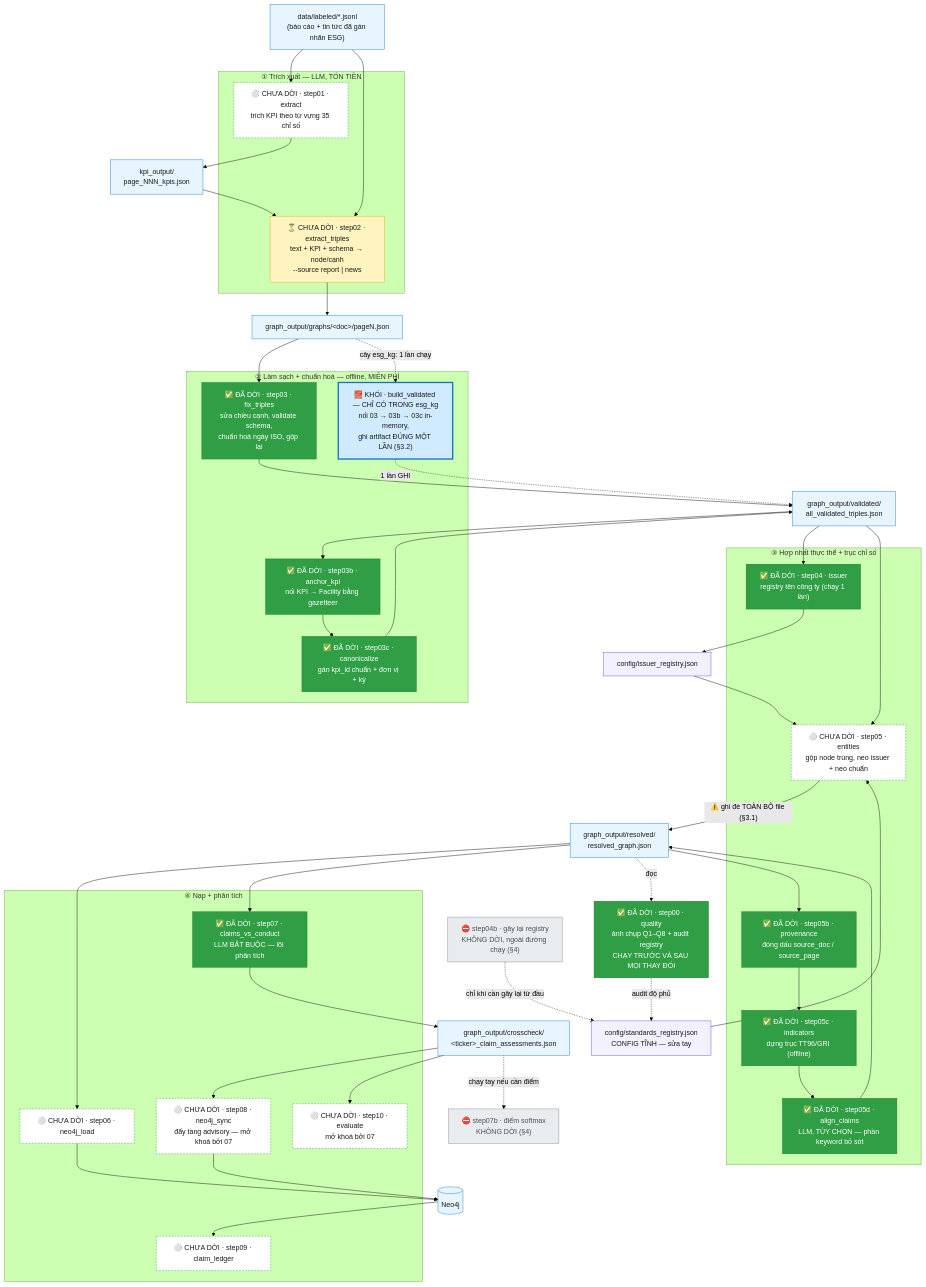
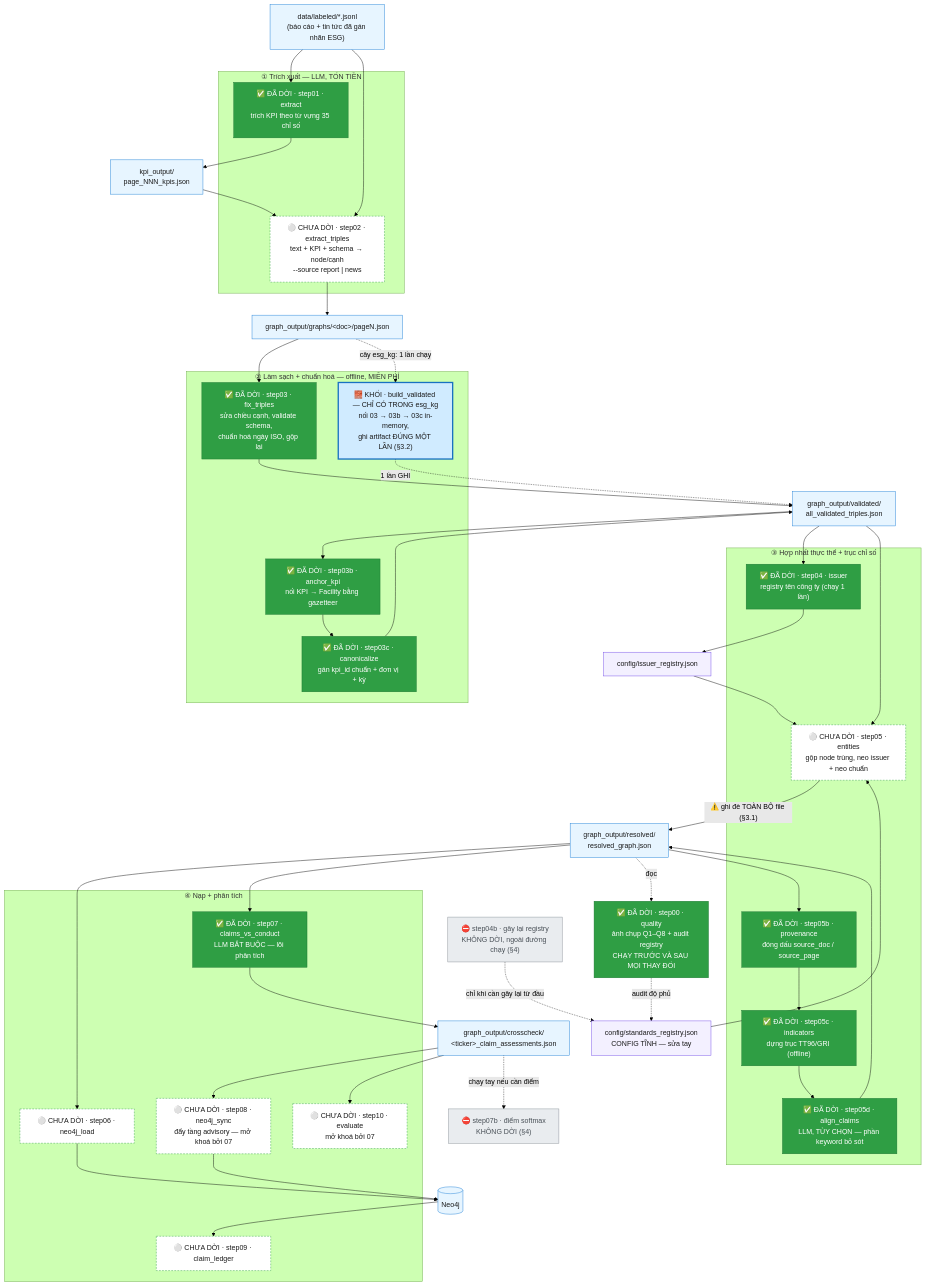
One commit to TranBaDat2607/capstone_test1 changed the first of 4 diagrams in src_module/PIPELINE.md. Above: the diagram before and after it, drawn with Mermaid (forest theme). The commit also changed other lines of this file and 5 other files, not shown here.

````diff
--- a/src_module/PIPELINE.md
+++ b/src_module/PIPELINE.md
@@ -121,75 +143,75 @@
 ```mermaid
 flowchart TD
     classDef migrated fill:#2f9e44,stroke:#1a7431,color:#ffffff
     classDef ready    fill:#ffffff,stroke:#2f9e44,stroke-dasharray:4 3,color:#1a1a1a
     classDef pending  fill:#fff3bf,stroke:#e8a90c,color:#1a1a1a
     classDef notport  fill:#e9ecef,stroke:#868e96,color:#495057
     classDef data     fill:#e7f5ff,stroke:#1c7ed6,color:#1a1a1a
     classDef cfg      fill:#f3f0ff,stroke:#7048e8,color:#1a1a1a
     classDef block    fill:#d0ebff,stroke:#1971c2,stroke-width:3px,color:#1a1a1a
 
     JSONL["data/labeled/*.jsonl<br/>(báo cáo + tin tức đã gán nhãn ESG)"]:::data
 
     subgraph P1["① Trích xuất — LLM, TỐN TIỀN"]
-        S01["⚪ CHƯA DỜI · step01 · extract<br/>trích KPI theo từ vựng 35 chỉ số"]:::ready
-        S02["⏳ CHƯA DỜI · step02 · extract_triples<br/>text + KPI + schema → node/cạnh<br/>--source report | news"]:::pending
+        S01["✅ ĐÃ DỜI · step01 · extract<br/>trích KPI theo từ vựng 35 chỉ số"]:::migrated
+        S02["⚪ CHƯA DỜI · step02 · extract_triples<br/>text + KPI + schema → node/cạnh<br/>--source report | news"]:::ready
     end
 
     KPIOUT["kpi_output/<br/>page_NNN_kpis.json"]:::data
     GRAPHS["graph_output/graphs/&lt;doc&gt;/pageN.json"]:::data
 
     subgraph P2["② Làm sạch + chuẩn hoá — offline, MIỄN PHÍ"]
         S03["✅ ĐÃ DỜI · step03 · fix_triples<br/>sửa chiều cạnh, validate schema,<br/>chuẩn hoá ngày ISO, gộp lại"]:::migrated
         S03B["✅ ĐÃ DỜI · step03b · anchor_kpi<br/>nối KPI → Facility bằng gazetteer"]:::migrated
         S03C["✅ ĐÃ DỜI · step03c · canonicalize<br/>gán kpi_id chuẩn + đơn vị + kỳ"]:::migrated
         BLK["🧱 KHỐI · build_validated — CHỈ CÓ TRONG esg_kg<br/>nối 03 → 03b → 03c in-memory,<br/>ghi artifact ĐÚNG MỘT LẦN (§3.2)"]:::block
     end
 
     VALID["graph_output/validated/<br/>all_validated_triples.json"]:::data
 
     subgraph P3["③ Hợp nhất thực thể + trục chỉ số"]
         S04["✅ ĐÃ DỜI · step04 · issuer<br/>registry tên công ty (chạy 1 lần)"]:::migrated
         S05["⚪ CHƯA DỜI · step05 · entities<br/>gộp node trùng, neo issuer + neo chuẩn"]:::ready
         S05B["✅ ĐÃ DỜI · step05b · provenance<br/>đóng dấu source_doc / source_page"]:::migrated
         S05C["✅ ĐÃ DỜI · step05c · indicators<br/>dựng trục TT96/GRI (offline)"]:::migrated
         S05D["✅ ĐÃ DỜI · step05d · align_claims<br/>LLM, TÙY CHỌN — phần keyword bỏ sót"]:::migrated
     end
 
     RESOLVED["graph_output/resolved/<br/>resolved_graph.json"]:::data
 
     subgraph P4["④ Nạp + phân tích"]
         S06["⚪ CHƯA DỜI · step06 · neo4j_load"]:::ready
         S07["✅ ĐÃ DỜI · step07 · claims_vs_conduct<br/>LLM BẮT BUỘC — lõi phân tích"]:::migrated
         S08["⚪ CHƯA DỜI · step08 · neo4j_sync<br/>đẩy tầng advisory — mở khoá bởi 07"]:::ready
         S09["⚪ CHƯA DỜI · step09 · claim_ledger"]:::ready
         S10["⚪ CHƯA DỜI · step10 · evaluate<br/>mở khoá bởi 07"]:::ready
     end
 
     REGI["config/issuer_registry.json"]:::cfg
     REGS["config/standards_registry.json<br/>CONFIG TĨNH — sửa tay"]:::cfg
     DOSSIER["graph_output/crosscheck/<br/>&lt;ticker&gt;_claim_assessments.json"]:::data
     NEO[("Neo4j")]:::data
 
     S00["✅ ĐÃ DỜI · step00 · quality<br/>ảnh chụp Q1–Q8 + audit registry<br/>CHẠY TRƯỚC VÀ SAU MỌI THAY ĐỔI"]:::migrated
     S07B["⛔ step07b · điểm softmax<br/>KHÔNG DỜI (§4)"]:::notport
     S04B["⛔ step04b · gây lại registry<br/>KHÔNG DỜI, ngoài đường chạy (§4)"]:::notport
 
     JSONL --> S01 --> KPIOUT --> S02
     JSONL --> S02 --> GRAPHS --> S03 --> VALID
     VALID --> S03B --> S03C --> VALID
     GRAPHS -.->|"cây esg_kg: 1 lần chạy"| BLK -.->|"1 lần GHI"| VALID
     VALID --> S04 --> REGI --> S05
     REGS --> S05
     VALID --> S05
     S05 -->|"⚠️ ghi đè TOÀN BỘ file (§3.1)"| RESOLVED
     RESOLVED --> S05B --> S05C --> S05D --> RESOLVED
     RESOLVED --> S06 --> NEO
     RESOLVED --> S07 --> DOSSIER --> S08 --> NEO
     NEO --> S09
     DOSSIER --> S10
 
     RESOLVED -.->|"đọc"| S00
     S00 -.->|"audit độ phủ"| REGS
     S04B -.->|"chỉ khi cần gây lại từ đầu"| REGS
     DOSSIER -.->|"chạy tay nếu cần điểm"| S07B
 ```
````
